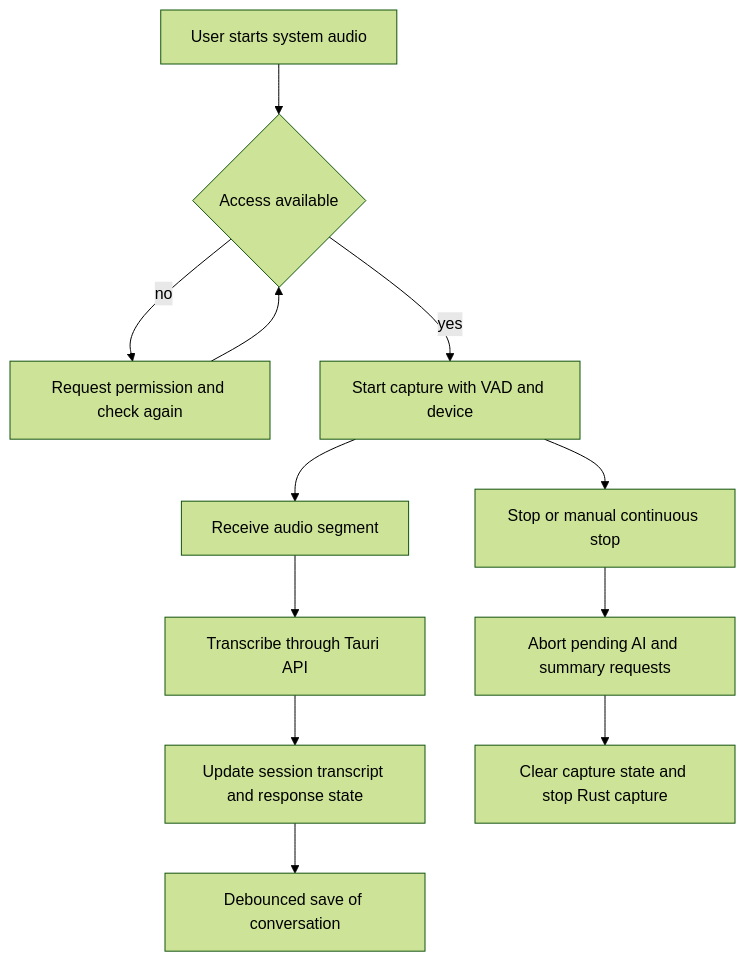
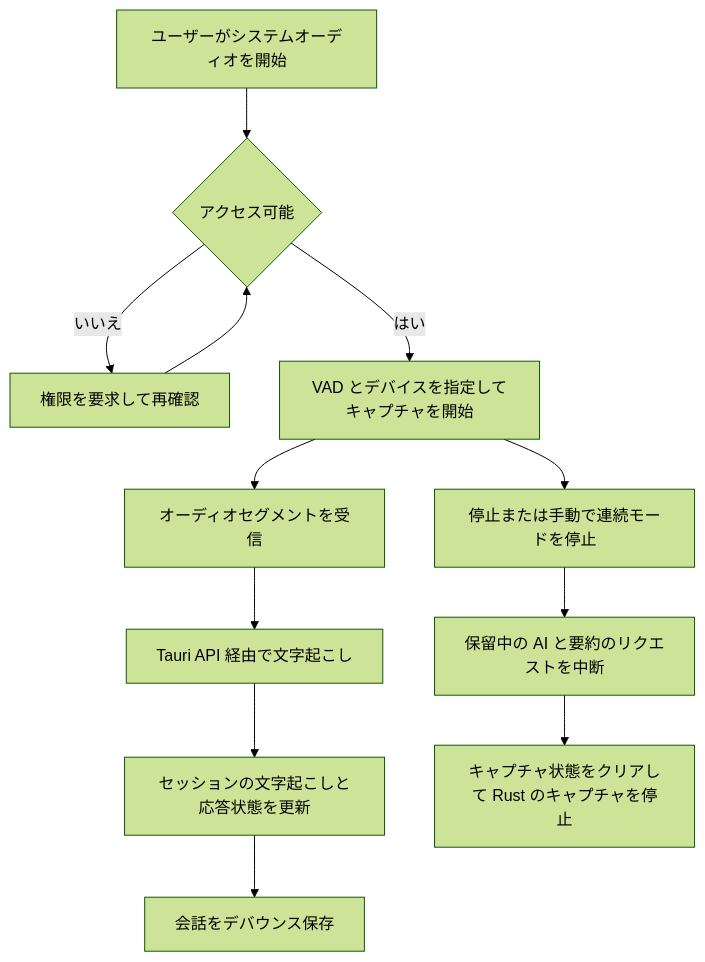
Before and after one commit to youfuku-sg/interview-assistant: the diagram in openwiki/workflows/audio-and-transcription.md, drawn with Mermaid (forest theme). The commit also changed other lines of this file and 15 other files, not shown here.

````diff
--- a/openwiki/workflows/audio-and-transcription.md
+++ b/openwiki/workflows/audio-and-transcription.md
@@ -12,14 +12,14 @@
 ```mermaid
 flowchart TD
-    Start[User starts system audio] --> Access{Access available}
-    Access -- no --> Request[Request permission and check again]
+    Start[ユーザーがシステムオーディオを開始] --> Access{アクセス可能}
+    Access -- いいえ --> Request[権限を要求して再確認]
     Request --> Access
-    Access -- yes --> Capture[Start capture with VAD and device]
-    Capture --> Segment[Receive audio segment]
-    Segment --> STT[Transcribe through Tauri API]
-    STT --> Session[Update session transcript and response state]
-    Session --> Save[Debounced save of conversation]
-    Capture --> Stop[Stop or manual continuous stop]
-    Stop --> Abort[Abort pending AI and summary requests]
-    Abort --> Reset[Clear capture state and stop Rust capture]
+    Access -- はい --> Capture[VAD とデバイスを指定してキャプチャを開始]
+    Capture --> Segment[オーディオセグメントを受信]
+    Segment --> STT[Tauri API 経由で文字起こし]
+    STT --> Session[セッションの文字起こしと応答状態を更新]
+    Session --> Save[会話をデバウンス保存]
+    Capture --> Stop[停止または手動で連続モードを停止]
+    Stop --> Abort[保留中の AI と要約のリクエストを中断]
+    Abort --> Reset[キャプチャ状態をクリアして Rust のキャプチャを停止]
 ```
````
